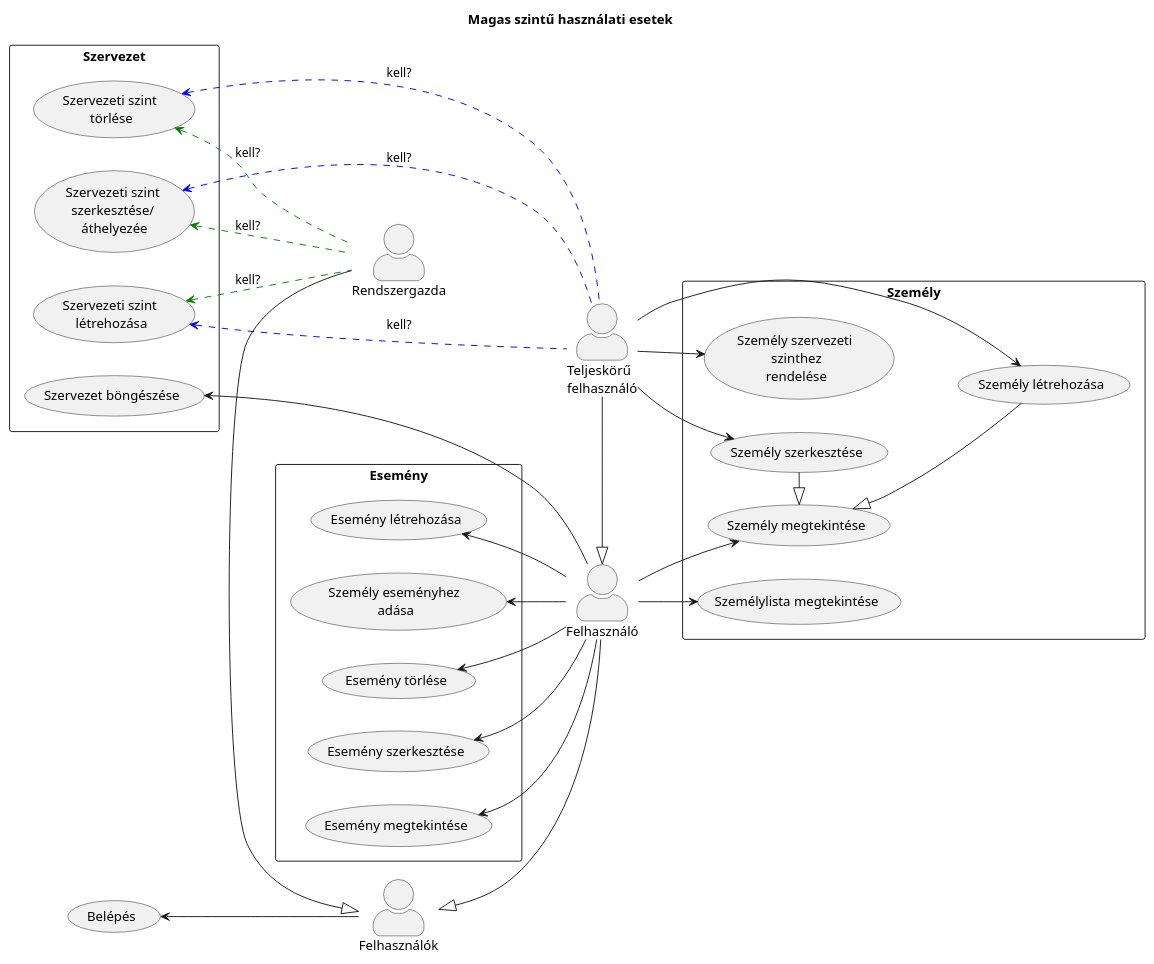
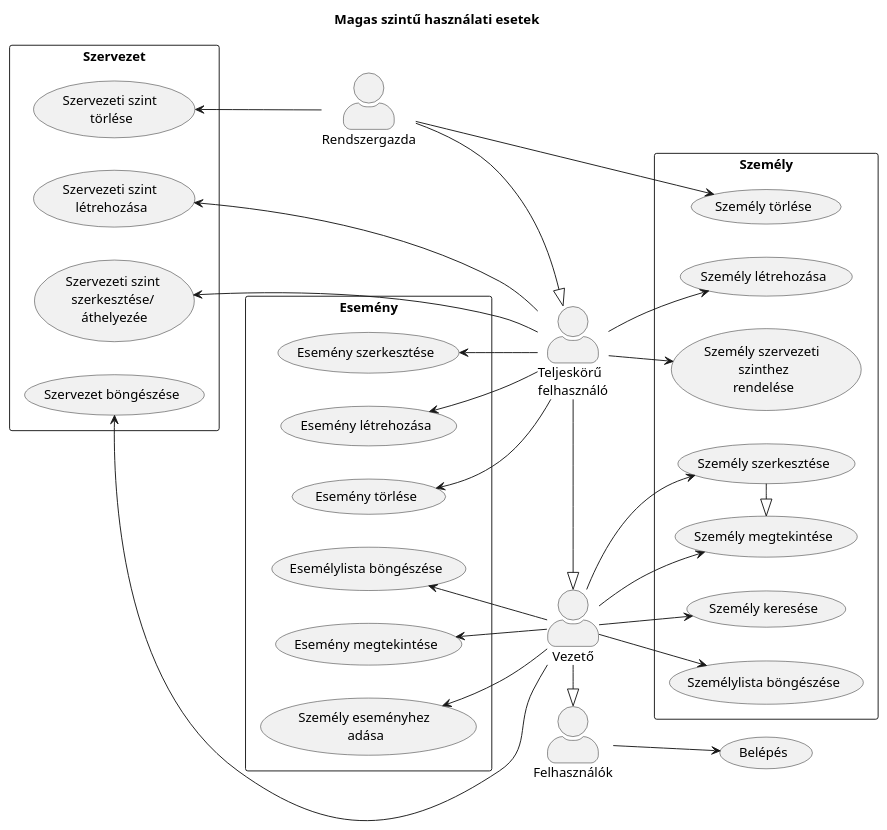
The diagram in Használati_esetek_HL.puml (Vibenk/LilaElefant), drawn with PlantUML before and after one commit. The commit also changed 3 other files, not shown here.

```diff
--- a/Használati_esetek_HL.puml
+++ b/Használati_esetek_HL.puml
@@ -1,64 +1,71 @@
 @startuml
 
 title Magas szintű használati esetek
 
 skinparam actorStyle awesome
 left to right direction
 
+"Teljeskörű \nfelhasználó" as SuperUser
+"Vezető" as User
 "Felhasználók" as Users
-"Teljeskörű \nfelhasználó" as SuperUser
-"Felhasználó" as User
 "Rendszergazda" as Admin
 
 (Belépés) as Login
 rectangle "Szervezet" {
     (Szervezet böngészése) as DisplayHierarchy
     (Szervezeti szint \nlétrehozása) as CreateOrg
     (Szervezeti szint \nszerkesztése/ \náthelyezée) as EditOrg
     (Szervezeti szint \ntörlése) as DeleteOrg
 }
 rectangle "Személy" {
-    (Személylista megtekintése) as DisplayPeople
+    (Személylista böngészése) as BrowsePeople
     (Személy megtekintése) as DisplayPerson
     (Személy szerkesztése) as EditPerson
     (Személy létrehozása) as CreatePerson
     (Személy szervezeti \n szinthez \nrendelése) as AssignPerson
+    (Személy törlése) as DeletePerson
+    (Személy keresése) as SearchPerson
 }
 rectangle "Esemény" {
     (Esemény létrehozása) as CreateEvent
     (Esemény szerkesztése) as EditEvent
     (Esemény törlése) as DeleteEvent
     (Esemény megtekintése) as DisplayEvent
     (Személy eseményhez \nadása) as AssignPersonEvent
+    (Esemélylista böngészése) as BrowseEvents
 }
 
-EditPerson -|> DisplayPerson
-CreatePerson -up-|> DisplayPerson
+EditPerson -left-|> DisplayPerson
+'CreatePerson -up-|> DisplayPerson
 
-Users -up-> Login
-    Admin -|> Users
+Users --> Login
+    Admin --|> SuperUser
     SuperUser -right-|> User
-    User -up-|> Users
+    User -|> Users
 
 
 User -left-> DisplayHierarchy
-SuperUser -left-> CreateOrg #blue;line.dashed : kell?
-SuperUser -left-> EditOrg #blue;line.dashed : kell?
-SuperUser -left-> DeleteOrg #blue;line.dashed : kell?
-Admin -up-> CreateOrg #green;line.dashed : kell?
-Admin -up-> EditOrg #green;line.dashed : kell?
-Admin -up-> DeleteOrg #green;line.dashed : kell?
+User --> BrowsePeople
+User --> DisplayPerson
+User --> EditPerson
+User -> SearchPerson
+User -up-> DisplayEvent
+User -up-> AssignPersonEvent
+User -> BrowseEvents
 
-SuperUser -down-> EditPerson
-SuperUser -down-> CreatePerson
-SuperUser -down-> AssignPerson
-User --> DisplayPeople
-User --> DisplayPerson
 
-User -up-> CreateEvent
-User -up-> DisplayEvent
-User -up-> EditEvent
-User -up-> DeleteEvent
-User -up-> AssignPersonEvent
+SuperUser -left-> CreateOrg
+SuperUser -left-> EditOrg
+SuperUser -> CreatePerson
+SuperUser -> AssignPerson
+SuperUser -up-> DeleteEvent
+SuperUser -up-> CreateEvent
+SuperUser -up-> EditEvent
+
+Admin -up-> DeleteOrg
+Admin -up-> DeletePerson
+
+
+
 
 @enduml
```
